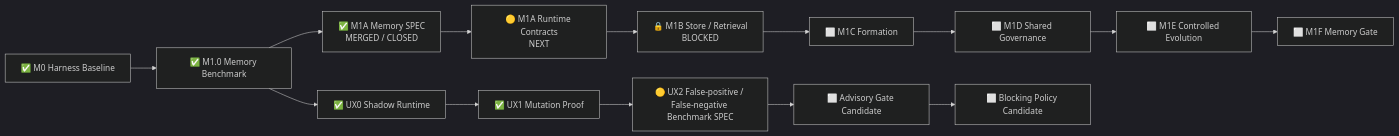
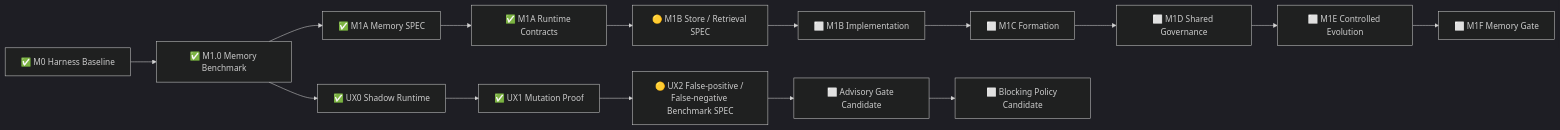
The diagram in docs/implementation-status.md (lsq1030757028/Pytest-playwright-e2e), drawn with Mermaid (dark theme) before and after one commit. The commit also changed other lines of this file, not shown here.

Commit message:
Advance implementation SSOT to M1B SPEC

````diff
--- a/docs/implementation-status.md
+++ b/docs/implementation-status.md
@@ -52,18 +45,19 @@
 ```mermaid
 flowchart LR
     A[✅ M0 Harness Baseline]
     --> B[✅ M1.0 Memory Benchmark]
-    --> C[✅ M1A Memory SPEC<br/>MERGED / CLOSED]
-    --> D[🟡 M1A Runtime Contracts<br/>NEXT]
-    --> E[🔒 M1B Store / Retrieval<br/>BLOCKED]
-    --> F[⬜ M1C Formation]
-    --> G[⬜ M1D Shared Governance]
-    --> H[⬜ M1E Controlled Evolution]
-    --> I[⬜ M1F Memory Gate]
+    --> C[✅ M1A Memory SPEC]
+    --> D[✅ M1A Runtime Contracts]
+    --> E[🟡 M1B Store / Retrieval SPEC]
+    --> F[⬜ M1B Implementation]
+    --> G[⬜ M1C Formation]
+    --> H[⬜ M1D Shared Governance]
+    --> I[⬜ M1E Controlled Evolution]
+    --> J[⬜ M1F Memory Gate]
 
     B --> U1[✅ UX0 Shadow Runtime]
     U1 --> U2[✅ UX1 Mutation Proof]
     U2 --> U3[🟡 UX2 False-positive / False-negative Benchmark SPEC]
     U3 --> U4[⬜ Advisory Gate Candidate]
     U4 --> U5[⬜ Blocking Policy Candidate]
 ```
````
